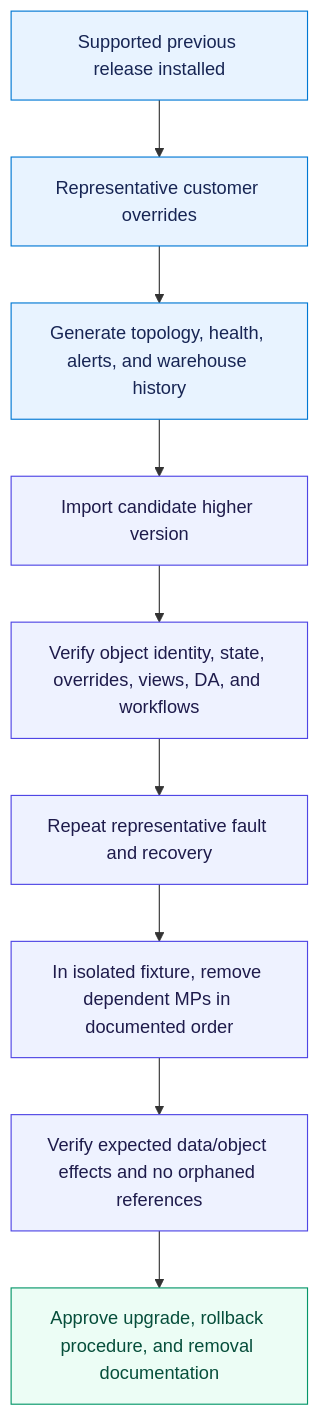
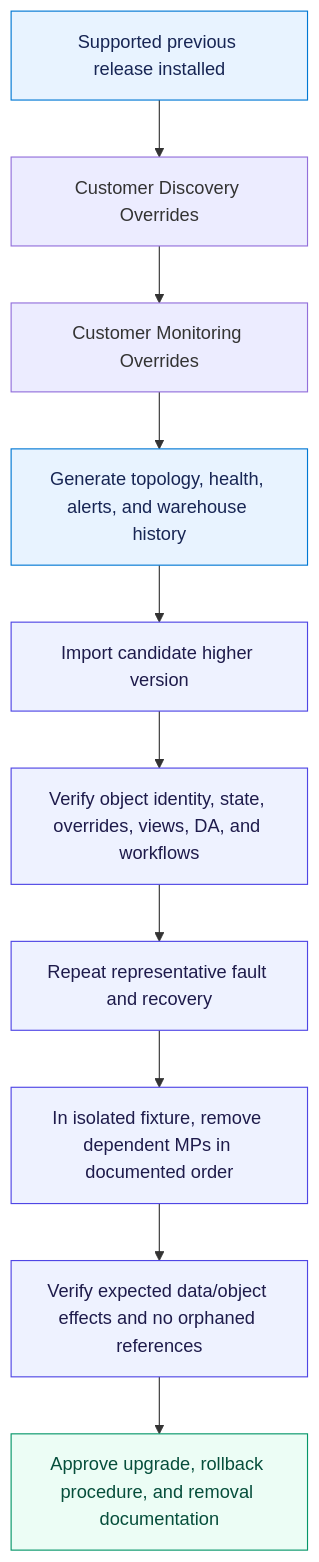
The fifth of 5 diagrams in docs/design/hyper-v/validation-and-release.md (AzureLocal/azurelocal-scom-mp), drawn with Mermaid before and after one commit. The commit also changed other lines of this file and 43 other files, not shown here.

````diff
--- a/docs/design/hyper-v/validation-and-release.md
+++ b/docs/design/hyper-v/validation-and-release.md
@@ -132,18 +132,19 @@
 ```mermaid
 flowchart TD
-    BASE[Supported previous release installed] --> OVR[Representative customer overrides]
-    OVR --> DATA[Generate topology, health, alerts, and warehouse history]
+    BASE[Supported previous release installed] --> DOVR[Customer Discovery Overrides]
+    DOVR --> MOVR[Customer Monitoring Overrides]
+    MOVR --> DATA[Generate topology, health, alerts, and warehouse history]
     DATA --> UPGRADE[Import candidate higher version]
     UPGRADE --> CHECK[Verify object identity, state, overrides, views, DA, and workflows]
     CHECK --> FAULT[Repeat representative fault and recovery]
     FAULT --> REMOVE[In isolated fixture, remove dependent MPs in documented order]
     REMOVE --> ORPHAN[Verify expected data/object effects and no orphaned references]
     ORPHAN --> DOC[Approve upgrade, rollback procedure, and removal documentation]
 
     classDef setup fill:#e8f3ff,stroke:#0078d4,color:#172554
     classDef action fill:#eef2ff,stroke:#4f46e5,color:#1e1b4b
     classDef gate fill:#ecfdf5,stroke:#059669,color:#064e3b
     class BASE,OVR,DATA setup
     class UPGRADE,CHECK,FAULT,REMOVE,ORPHAN action
     class DOC gate
 ```
````
